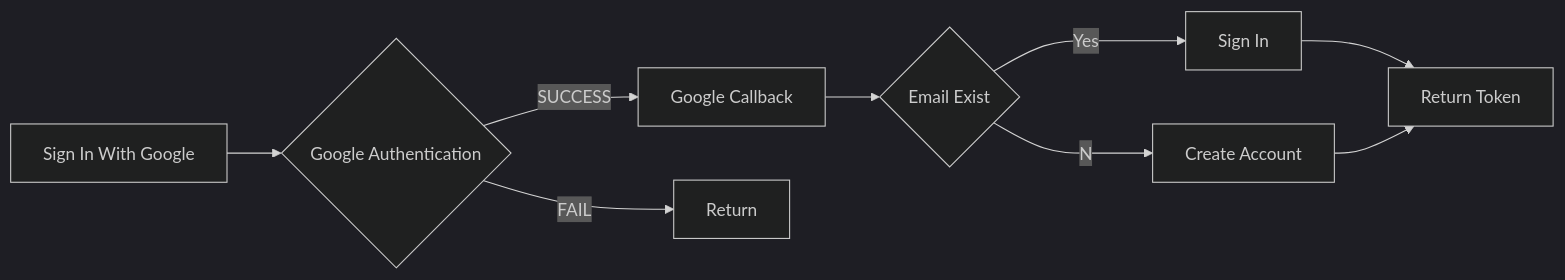
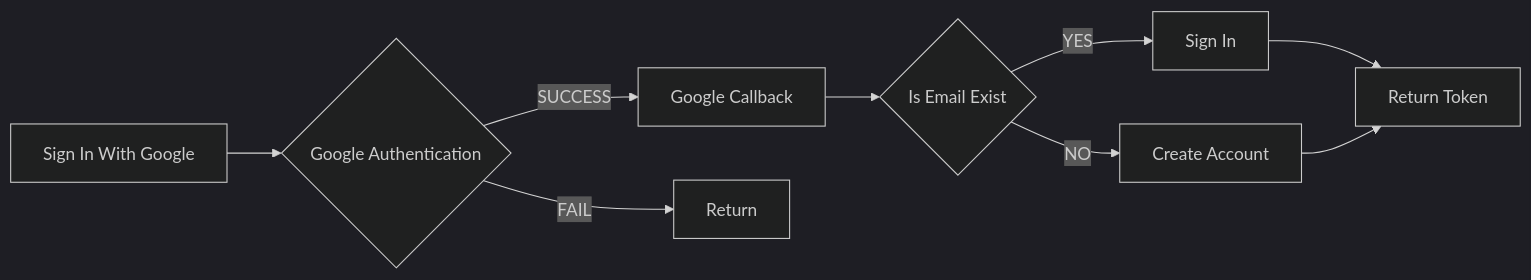
The third of 4 diagrams in README.md (scottliu207/simple_user_sys), drawn with Mermaid (dark theme) before and after one commit.

Commit message:
flow rename

````diff
--- a/README.md
+++ b/README.md
@@ -100,9 +100,9 @@
 ```mermaid
 graph LR
 A[Sign In With Google] -->B{Google Authentication}
 B-- SUCCESS --> E[Google Callback] -->
-F{Email Exist}
-F--Yes--> G[Sign In] --> H[Return Token]
-F--No--> I[Create Account] --> H[Return Token]
+F{Is Email Exist}
+F--YES--> G[Sign In] --> H[Return Token]
+F--NO--> I[Create Account] --> H[Return Token]
 B-- FAIL--> D[Return]
 ```
````
